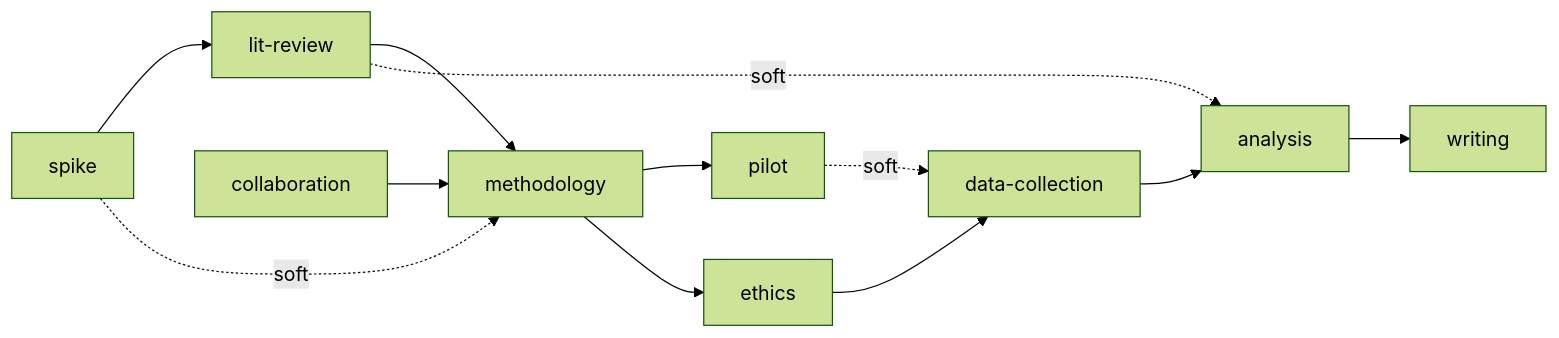
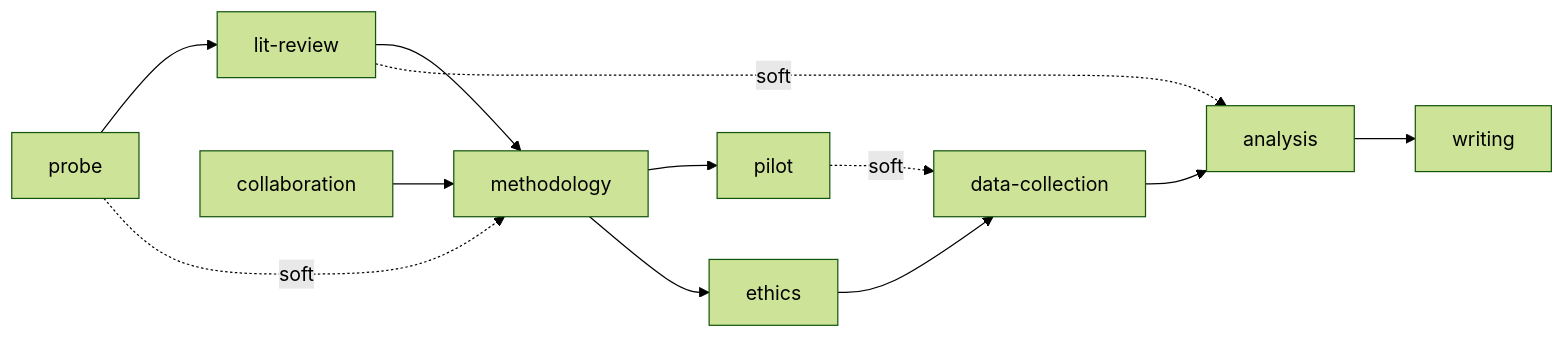
Before and after one commit to nicsuzor/academicOps: the diagram in specs/workflows/research-decomposition.md, drawn with Mermaid (forest theme). The commit also changed other lines of this file and 365 other files, not shown here.

````diff
--- a/specs/workflows/research-decomposition.md
+++ b/specs/workflows/research-decomposition.md
@@ -72,14 +72,14 @@
 ```mermaid
 graph LR
-    spike --> litreview[lit-review]
+    probe --> litreview[lit-review]
     litreview --> methodology
     methodology --> pilot
     methodology --> ethics
     ethics --> datacollection[data-collection]
     pilot -.soft.-> datacollection
     datacollection --> analysis
     analysis --> writing
-    spike -.soft.-> methodology
+    probe -.soft.-> methodology
     litreview -.soft.-> analysis
     collaboration --> methodology
 ```
````
